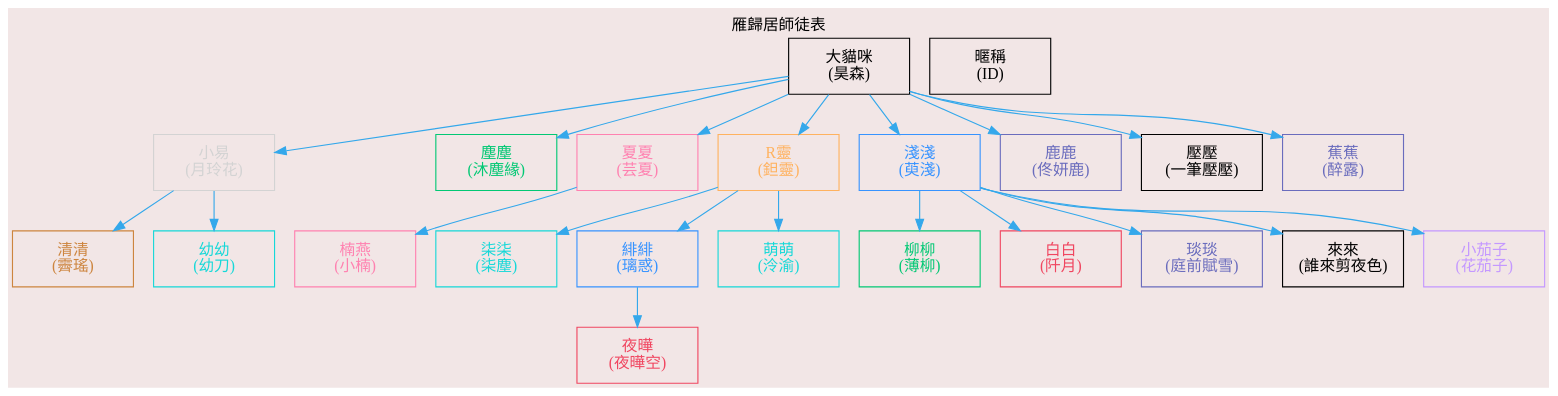
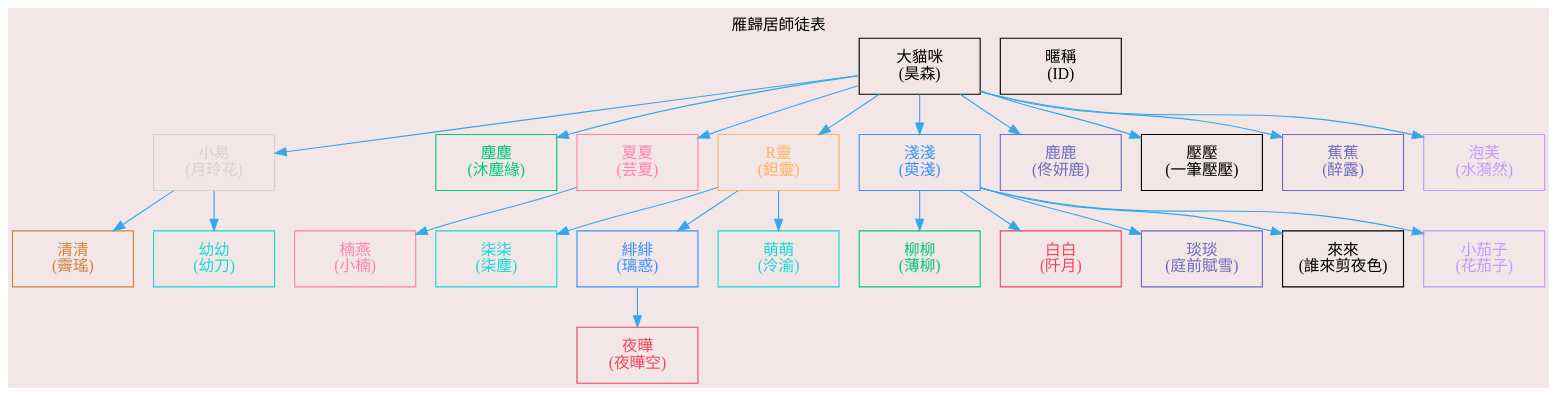
One commit to necro-wbj/- changed the first of 4 diagrams in README.md. Above: the diagram before and after it, drawn with Graphviz. The commit also changed 1 other file, not shown here.

Commit message:
塞泡芙為大卯咪徒弟

````diff
--- a/README.md
+++ b/README.md
@@ -1,64 +1,65 @@
 ```dot
 digraph {
     bgcolor="#F2E6E6";
     label="雁歸居師徒表";
     labelloc="t";
     labeldistance=10;
     edge[color="#34a8eb"];
     node[fontname="微軟正黑體",shape=box,fixedsize=true,height=0.7,width=1.5];
     //"帥氣的小姐姐"[label="帥氣的小姐姐\n(葬雪調)",color="#FF81B0",fontcolor="#FF81B0"]
     "大貓咪"[label="大貓咪\n(昊森)",color="black",fontcolor="black"]
     "柒塵"[label="柒柒\n(柒塵)",color="#16D8D8",fontcolor="#16D8D8"]
     "小易"[label="小易\n(月玲花)",color="lightgray",fontcolor="lightgray"]
     "清清"[label="清清\n(霽瑤)",color="#CD853F",fontcolor="#CD853F"]
     "幼幼"[label="幼幼\n(幼刀)",color="#16D8D8",fontcolor="#16D8D8"]
     "塵塵"[label="塵塵\n(沐塵緣)",color="#02C874",fontcolor="#02C874"]
     //"羊肉爐"[label="羊肉爐\n(墨曲紫濤)",color="#16D8D8",fontcolor="#16D8D8"]
     "柳柳"[label="柳柳\n(薄柳)",color="#02C874",fontcolor="#02C874"]
     //"小九"[label="小九\n(柳朔方)",color="#6A6CBD",fontcolor="#6A6CBD"]
     "夏夏"[label="夏夏\n(芸夏)",color="#FF81B0",fontcolor="#FF81B0"]
     "R靈"[label="R靈\n(鉭靈)",color="#FFB25F",fontcolor="#FFB25F"]
     "白白"[label="白白\n(阡月)",color="#F04660",fontcolor="#F04660"]
     //"R涼"[label="R涼\n(涼宸)",color="#16D8D8",fontcolor="#16D8D8"]
     //"阿皮"[label="阿皮\n(皮醬)",color="#C498FF",fontcolor="#C498FF"]
     //"00"[label="00\n(雲紫靈)",color="#3793FF",fontcolor="#3793FF"]
     //"小天"[label="小天\n(傲凌雲濤)",color="black",fontcolor="black"]
     "淺淺"[label="淺淺\n(萸淺)",color="#3793FF",fontcolor="#3793FF"]
     //"小貓貓"[label="小貓貓\n(貓尾蝶)",color="lightgray",fontcolor="lightgray"]
     "緋緋"[label="緋緋\n(璃惑)",color="#3793FF",fontcolor="#3793FF"]
     //"皓呆"[label="皓呆\n(朧川)",color="#79B736",fontcolor="#79B736"]
     //"瀾瀾"[label="瀾瀾\n(行瀾)",color="#3793FF",fontcolor="#3793FF"]
     //"阿夜"[label="阿夜\n(長孫雪夜)",color="#B43C00",fontcolor="#B43C00"]
     //"梨子"[label="梨子\n(蘇沐)",color="#FF81B0",fontcolor="#FF81B0"]
     //"小開水"[label="小開水\n(板木老大)",color="lightgray",fontcolor="lightgray"]
     "萌萌"[label="萌萌\n(泠渝)",color="#16D8D8",fontcolor="#16D8D8"]
     //"丹丹"[label="丹丹\n(甯珞)",color="#C498FF",fontcolor="#C498FF"]
     "楠燕"[label="楠燕\n(小楠)",color="#FF81B0",fontcolor="#FF81B0"]
     "琰琰"[label="琰琰\n(庭前賦雪)",color="#6A6CBD",fontcolor="#6A6CBD"]
     //"仟仟"[label="仟仟\n(上雨知弦)",color="black",fontcolor="black"]
     //"小貳"[label="小貳\n(非貳)",color="black",fontcolor="black"]
     //"73"[label="73\n(青衫不改去年)",color="black",fontcolor="black"]
     "夜曄"[label="夜曄\n(夜曄空)",color="#F04660",fontcolor="#F04660"]
     "鹿鹿"[label="鹿鹿\n(佟妍鹿)",color="#6A6CBD",fontcolor="#6A6CBD"]
     "來來"[label="來來\n(誰來剪夜色)",color="black",fontcolor="black"]
     "小茄子"[label="小茄子\n(花茄子)",color="#C498FF",fontcolor="#C498FF"]
     //"小蛋"[label="小蛋\n(鳴花)",color="#C498FF",fontcolor="#C498FF"]
     //"喵喵"[label="喵喵\n(喵給本喵跪下)",color="#C498FF",fontcolor="#C498FF"]
     "壓壓"[label="壓壓\n(一筆壓壓)",color="black",fontcolor="black"]
     "蕉蕉"[label="蕉蕉\n(醉露)",color="#6A6CBD",fontcolor="#6A6CBD"]
+    泡芙[label="泡芙\n(水漪然)",color="#C498FF",fontcolor="#C498FF"]
 
     {rank = same;大貓咪 "暱稱\n(ID)"}
-    大貓咪->{小易 夏夏 塵塵 R靈 淺淺 鹿鹿 壓壓 蕉蕉}
+    大貓咪->{小易 夏夏 塵塵 R靈 淺淺 鹿鹿 壓壓 蕉蕉 泡芙}
     淺淺->{琰琰 柳柳 來來 小茄子 白白}
     // {白白 淺淺}->小開水
     // 白白->喵喵
     小易->{清清 幼幼}
     // 阿皮->{柳柳 萌萌 丹丹}
     // 阿皮->{00 小蛋} [color = "#f1c40f"]
     R靈->{柒塵 緋緋 萌萌}
     萌萌->{}
  緋緋->{夜曄}
     夏夏->{楠燕}
     //小開水->{小貳}
 }
 ```
````
